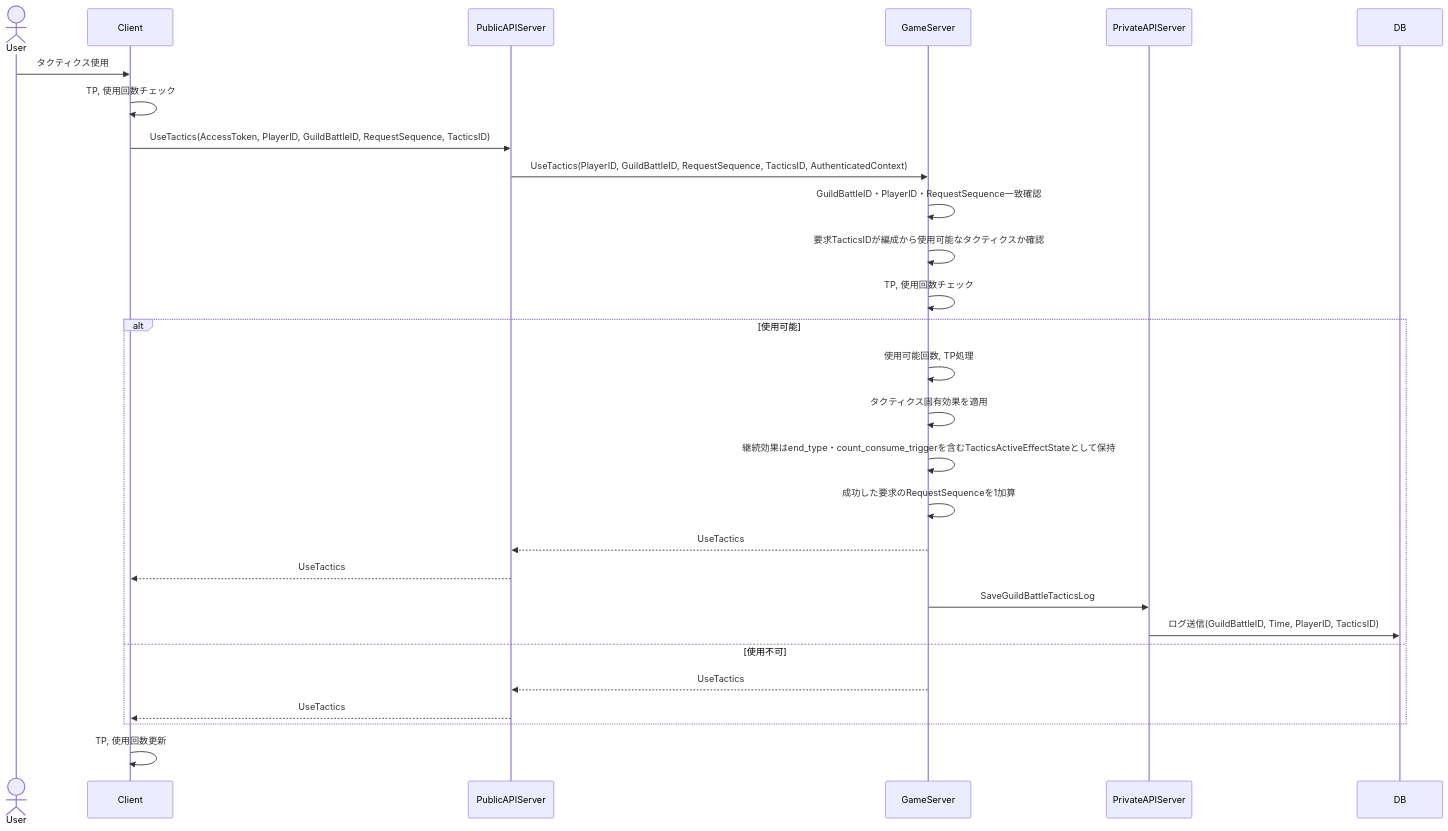
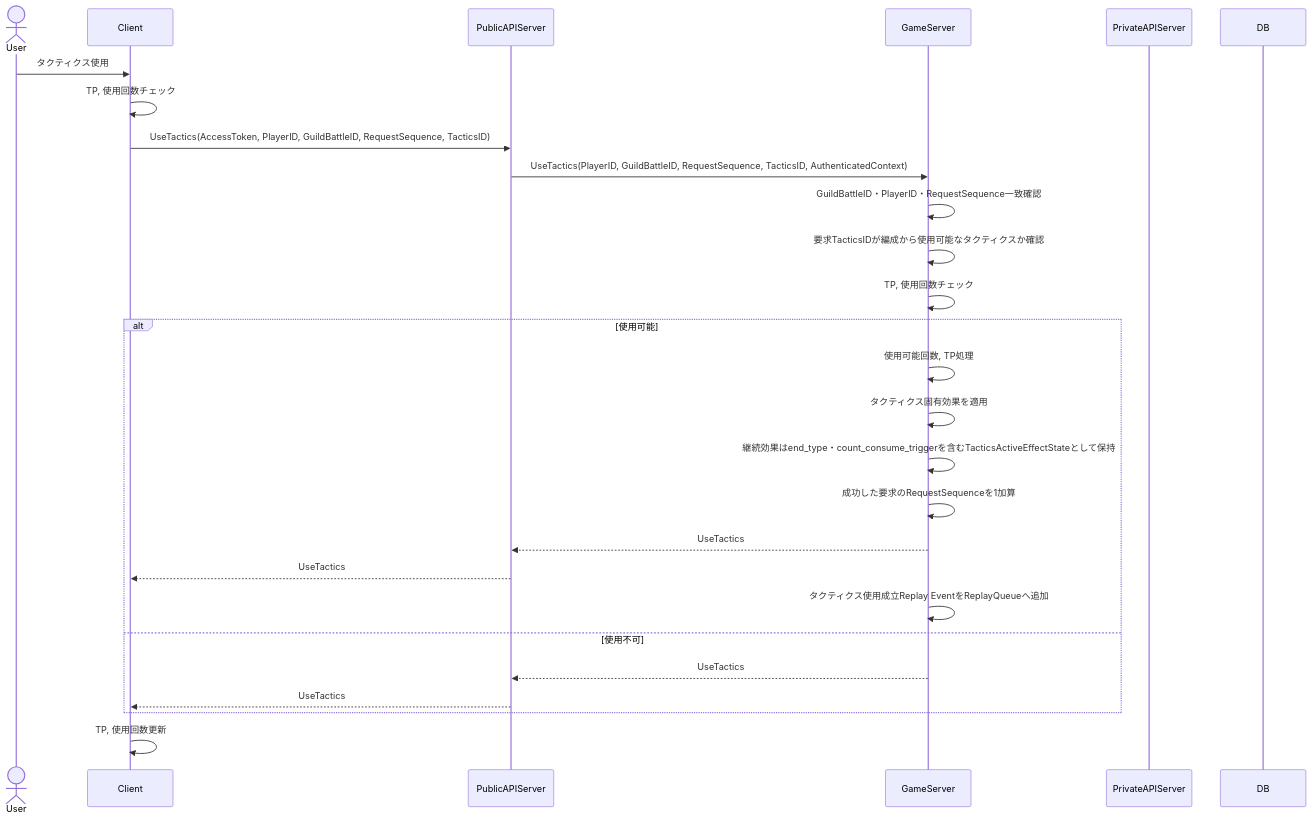
The eighth of 16 diagrams in design/guild_battle.md (ReHydrangeaOdyssey/Specifications), drawn with Mermaid before and after one commit. The commit also changed other lines of this file and 5 other files, not shown here.

````diff
--- a/design/guild_battle.md
+++ b/design/guild_battle.md
@@ -359,35 +363,34 @@
 ``` mermaid
 sequenceDiagram
     actor User
     participant Client
     participant PublicAPIServer
     participant GameServer
     participant PrivateAPIServer
     participant DB
 
     User->>Client: タクティクス使用
     Client->>Client: TP, 使用回数チェック
     Client->>PublicAPIServer: UseTactics(AccessToken, PlayerID, GuildBattleID, RequestSequence, TacticsID)
     PublicAPIServer->>GameServer: UseTactics(PlayerID, GuildBattleID, RequestSequence, TacticsID, AuthenticatedContext)
 
     GameServer->>GameServer: GuildBattleID・PlayerID・RequestSequence一致確認
     GameServer->>GameServer: 要求TacticsIDが編成から使用可能なタクティクスか確認
     GameServer->>GameServer: TP, 使用回数チェック
 
     alt 使用可能
         GameServer->>GameServer: 使用可能回数, TP処理
         GameServer->>GameServer: タクティクス固有効果を適用
         GameServer->>GameServer: 継続効果はend_type・count_consume_triggerを含むTacticsActiveEffectStateとして保持
         GameServer->>GameServer: 成功した要求のRequestSequenceを1加算
         GameServer-->>PublicAPIServer: UseTactics
         PublicAPIServer-->>Client: UseTactics
 
-        GameServer ->> PrivateAPIServer: SaveGuildBattleTacticsLog
-        PrivateAPIServer ->> DB: ログ送信(GuildBattleID, Time, PlayerID, TacticsID)
+        GameServer ->> GameServer: タクティクス使用成立Replay EventをReplayQueueへ追加
     else 使用不可
         GameServer-->>PublicAPIServer: UseTactics
         PublicAPIServer-->>Client: UseTactics
     end
     
     Client->>Client: TP, 使用回数更新
 ```
````
